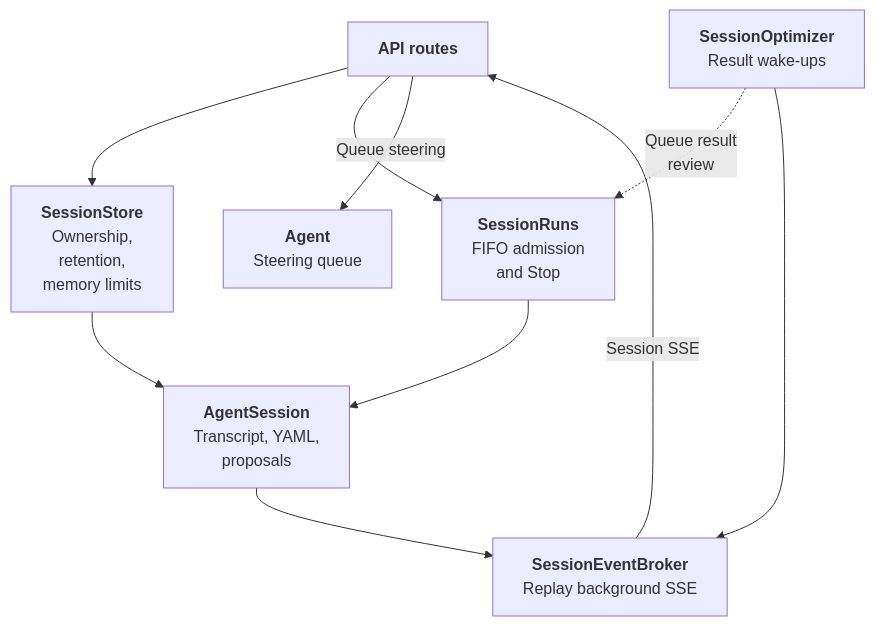
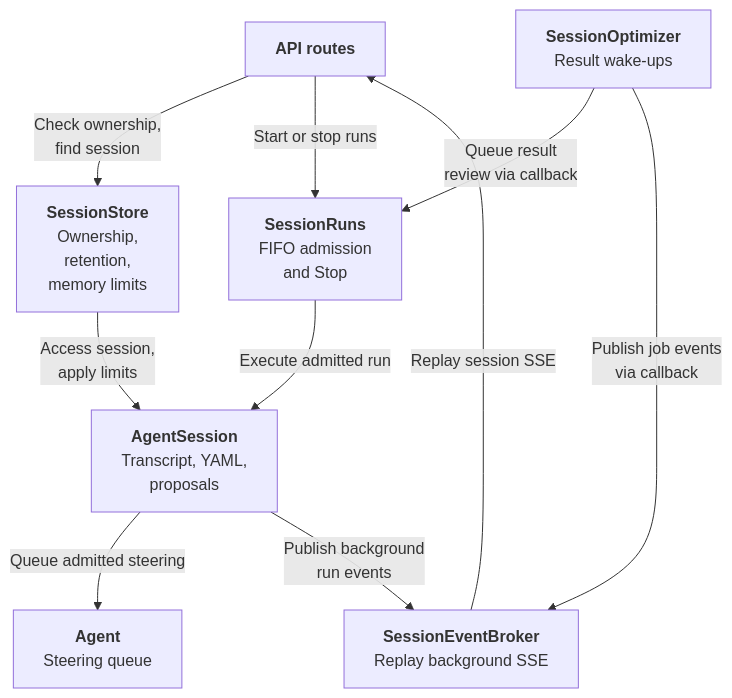
Before and after one commit to j3soon/nurse-scheduling: the third of 14 diagrams in docs/content/developer-guide/ai-assistant.md, drawn with Mermaid. The commit also changed other lines of this file and 1 other file, not shown here.

First line of the commit message:
docs(ai): clarify runtime flow and diagram relationships

````diff
--- a/docs/content/developer-guide/ai-assistant.md
+++ b/docs/content/developer-guide/ai-assistant.md
@@ -123,19 +128,21 @@
 ```mermaid
 flowchart TB
     Routes[<b>API routes</b>]
     Store[<b>SessionStore</b><br/>Ownership,<br/>retention,<br/>memory limits]
     Queue[<b>SessionRuns</b><br/>FIFO admission<br/>and Stop]
     Session[<b>AgentSession</b><br/>Transcript, YAML,<br/>proposals]
     Agent[<b>Agent</b><br/>Steering queue]
     Jobs[<b>SessionOptimizer</b><br/>Result wake-ups]
     Events[<b>SessionEventBroker</b><br/>Replay background SSE]
 
-    Routes --> Store --> Session
-    Routes --> Queue --> Session
-    Routes -->|Queue steering| Agent
-    Jobs -.->|Queue result<br/>review| Queue
-    Session --> Events
-    Jobs --> Events
-    Events -->|Session SSE| Routes
+    Routes -->|Check ownership,<br/>find session| Store
+    Store -->|Access session,<br/>apply limits| Session
+    Routes -->|Start or stop runs| Queue
+    Queue -->|Execute admitted run| Session
+    Session -->|Queue admitted steering| Agent
+    Jobs -->|Queue result<br/>review via callback| Queue
+    Session -->|Publish background<br/>run events| Events
+    Jobs -->|Publish job events<br/>via callback| Events
+    Events -->|Replay session SSE| Routes
 
 ```
````
